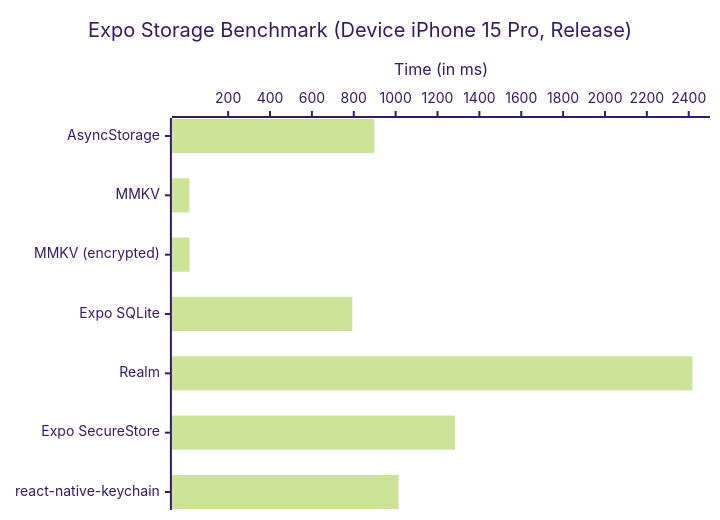
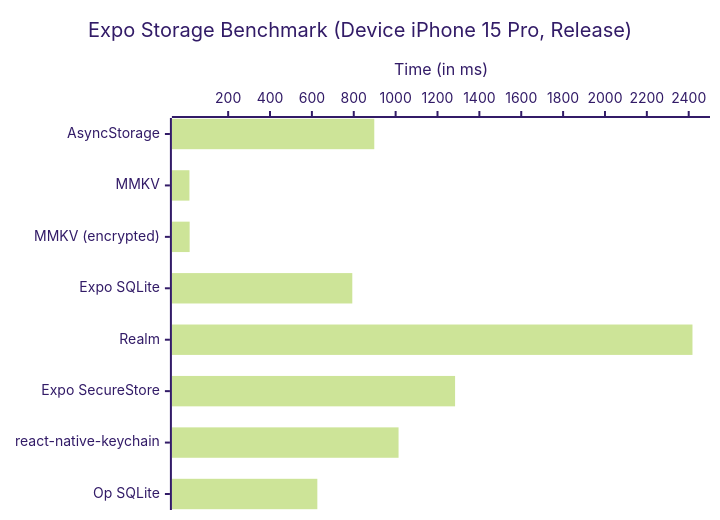
Before and after one commit to pvinis/StorageBenchmark: the first of 3 diagrams in charts.md, drawn with Mermaid. The commit also changed other lines of this file and 8 other files, not shown here.

````diff
--- a/charts.md
+++ b/charts.md
@@ -2,8 +2,8 @@
 ```mermaid
 %%{init: {'theme': 'forest'}}%%
 xychart-beta horizontal
     title "Expo Storage Benchmark (Device iPhone 15 Pro, Release)"
-    x-axis ["AsyncStorage", "MMKV", "MMKV (encrypted)", "Expo SQLite", "Realm", "Expo SecureStore", "react-native-keychain"]   
+    x-axis ["AsyncStorage", "MMKV", "MMKV (encrypted)", "Expo SQLite", "Realm", "Expo SecureStore", "react-native-keychain", "Op SQLite"]
     y-axis "Time (in ms)"
-    bar [898, 15, 16, 793, 2418, 1284, 1014]
+    bar [898, 15, 16, 793, 2418, 1284, 1014, 626]
 ```
````
